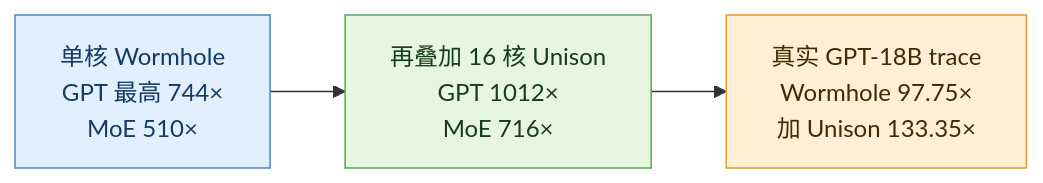
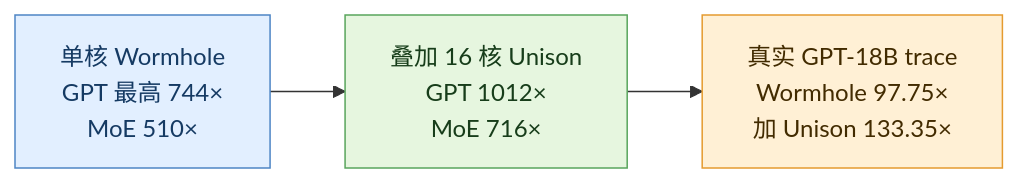
One commit to ccc112233ccc/ccc112233ccc.github.io changed the fifth of 5 diagrams in _posts/2026-08-14-wormhole-memoization-fast-forwarding.md. Above: the diagram before and after it, drawn with Mermaid. The commit also changed other lines of this file and 1 other file, not shown here.

Commit message:
recast Wormhole post as a publication

````diff
--- a/_posts/2026-08-14-wormhole-memoization-fast-forwarding.md
+++ b/_posts/2026-08-14-wormhole-memoization-fast-forwarding.md
@@ -235,12 +209,12 @@
 ```mermaid
 flowchart LR
-    ONE["单核 Wormhole<br/>GPT 最高 744×<br/>MoE 510×"] --> MULTI["再叠加 16 核 Unison<br/>GPT 1012×<br/>MoE 716×"]
+    ONE["单核 Wormhole<br/>GPT 最高 744×<br/>MoE 510×"] --> MULTI["叠加 16 核 Unison<br/>GPT 1012×<br/>MoE 716×"]
     MULTI --> REAL["真实 GPT-18B trace<br/>Wormhole 97.75×<br/>加 Unison 133.35×"]
 
     classDef cache fill:#e2efff,stroke:#4d85c5,color:#153a63;
     classDef stable fill:#e6f6df,stroke:#58a55c,color:#173d1a;
     classDef real fill:#fff0d5,stroke:#e59b2f,color:#422b00;
     class ONE cache;
     class MULTI stable;
     class REAL real;
 ```
````
